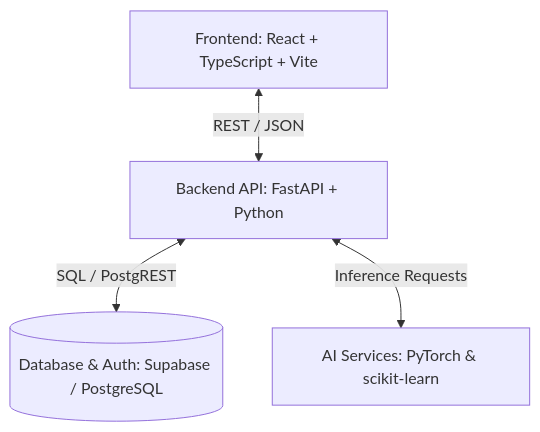
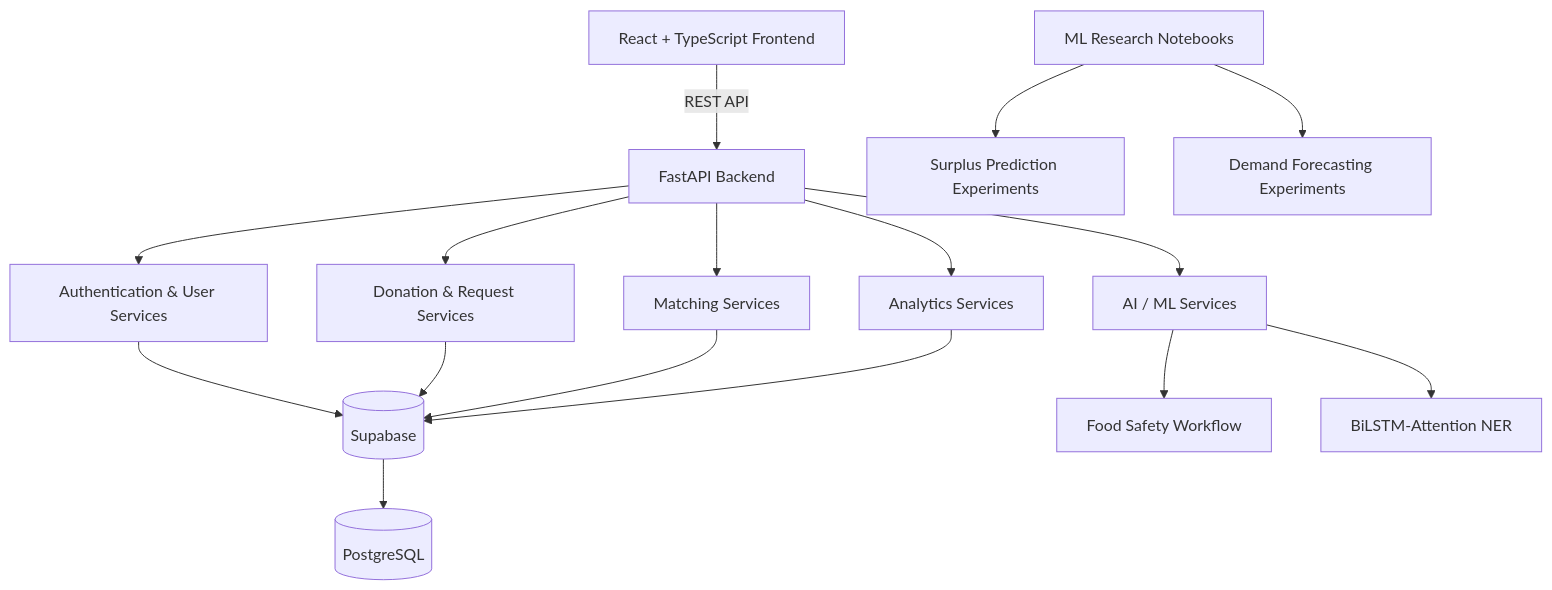
One commit to somiya-namdeo/SharePlate changed the diagram in README.md. Above: the diagram before and after it, drawn with Mermaid. The commit also changed other lines of this file, not shown here.

````diff
--- a/README.md
+++ b/README.md
@@ -92,11 +266,23 @@
 ```mermaid
-graph TD
-    Client[Frontend: React + TypeScript + Vite]
-    API[Backend API: FastAPI + Python]
-    DB[(Database & Auth: Supabase / PostgreSQL)]
-    ML[AI Services: PyTorch & scikit-learn]
+flowchart TD
+    A[React + TypeScript Frontend] -->|REST API| B[FastAPI Backend]
 
-    Client <-->|REST / JSON| API
-    API <-->|SQL / PostgREST| DB
-    API <-->|Inference Requests| ML
+    B --> C[Authentication & User Services]
+    B --> D[Donation & Request Services]
+    B --> E[Matching Services]
+    B --> F[Analytics Services]
+    B --> G[AI / ML Services]
+
+    C --> H[(Supabase)]
+    D --> H
+    E --> H
+    F --> H
+
+    H --> I[(PostgreSQL)]
+
+    G --> J[Food Safety Workflow]
+    G --> K[BiLSTM-Attention NER]
+
+    L[ML Research Notebooks] --> M[Surplus Prediction Experiments]
+    L --> N[Demand Forecasting Experiments]
 ```
````
